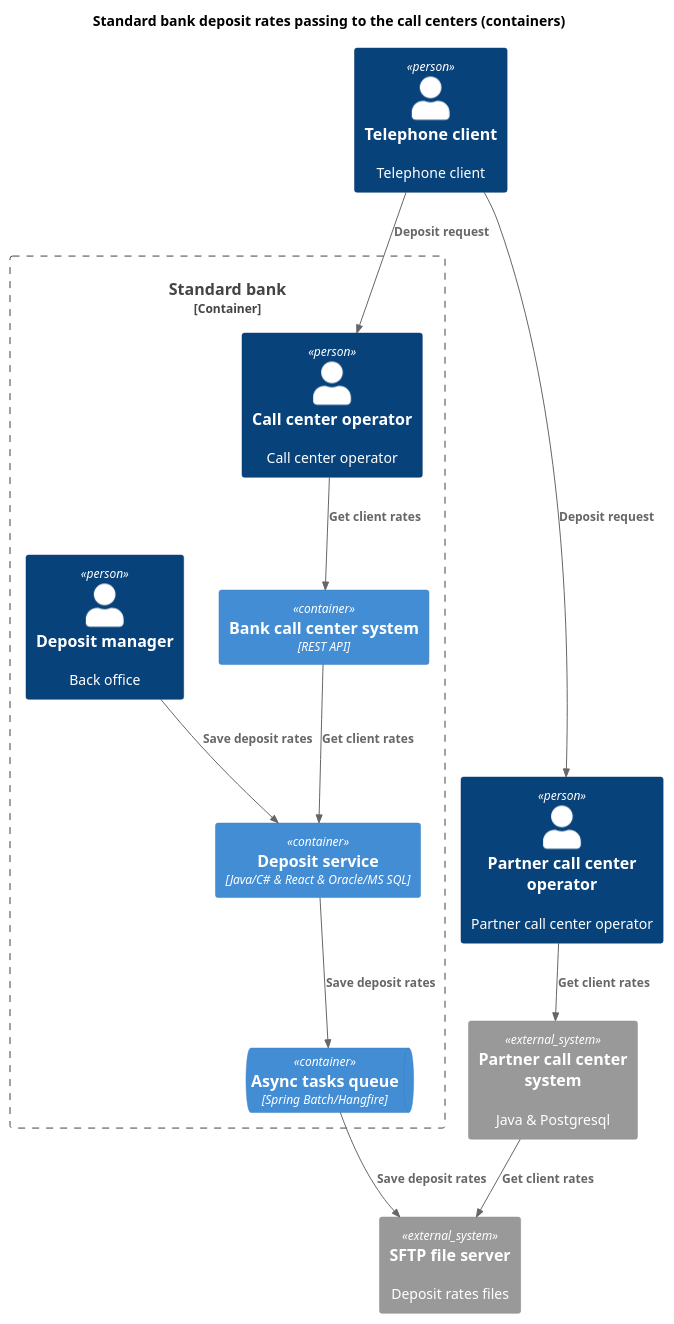
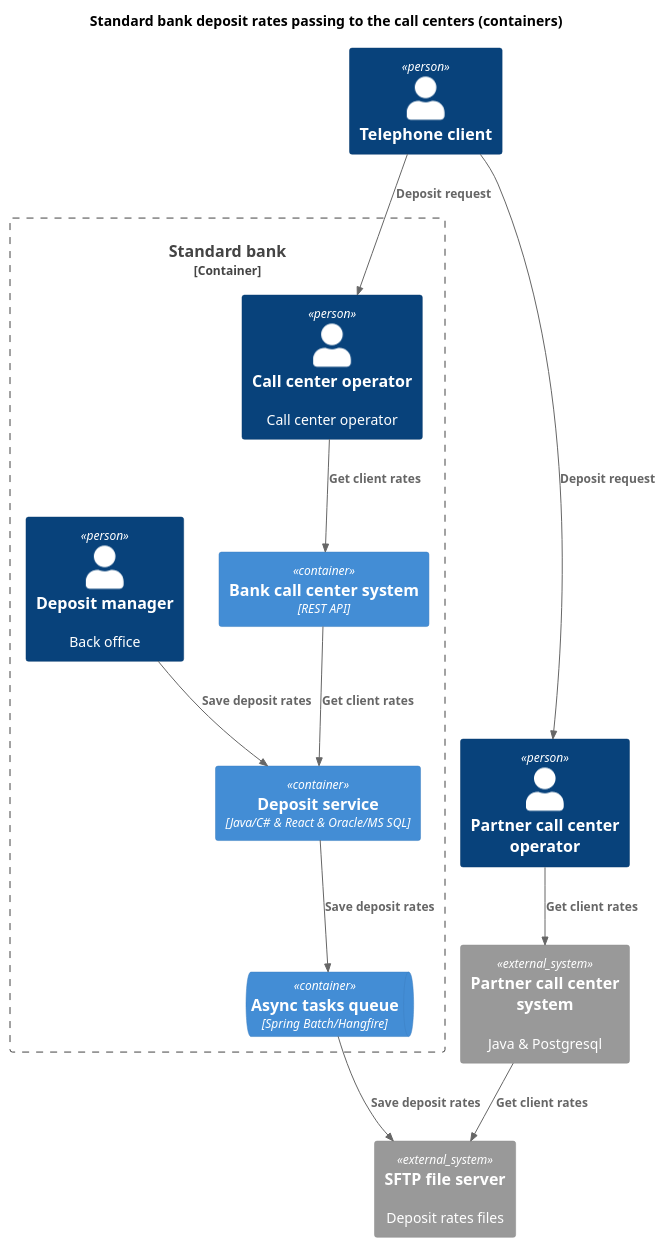
Before and after one commit to turistigor/yap-arch-task3-bank: the diagram in task4_additional_requirements/deposit_rates_to_call_centers_c4_containers.puml, drawn with PlantUML. The commit also changed 26 other files, not shown here.

```diff
--- a/task4_additional_requirements/deposit_rates_to_call_centers_c4_containers.puml
+++ b/task4_additional_requirements/deposit_rates_to_call_centers_c4_containers.puml
@@ -1,45 +1,45 @@
 @startuml deposit_rates_to_call_center_containers
 
 ' Initial settings:
 
 title Standard bank deposit rates passing to the call centers (containers)
 
 top to bottom direction
 
 !include ../lib/C4_Container.puml
 
 
 ' Actors & components:
 
-Person(phone_client, "Telephone client", "Telephone client")
-Person(partner_op, "Partner call center operator", "Partner call center operator")
+Person(phone_client, "Telephone client")
+Person(partner_op, "Partner call center operator")
 
 Container_Boundary(bank, "Standard bank") {
     Container(call_center, "Bank call center system", "REST API")
-    Container(dep_serv, "Deposit service", "Java/C# & React & Oracle/MS SQL")
+    Container(deposit_service, "Deposit service", "Java/C# & React & Oracle/MS SQL")
     ContainerQueue(async_tasks, "Async tasks queue", "Spring Batch/Hangfire")
 
     Person(call_center_op, "Call center operator", "Call center operator")
-    Person(dep_mngr, "Deposit manager", "Back office")
+    Person(deposit_manager, "Deposit manager", "Back office")
 }
 
 System_Ext(sftp_server, "SFTP file server", "Deposit rates files")
 System_Ext(partner_call_center_system, "Partner call center system", "Java & Postgresql")
 
 
 ' Relations:
 
 Rel(phone_client, call_center_op, "Deposit request")
 Rel(call_center_op, call_center, "Get client rates")
-Rel(call_center, dep_serv, "Get client rates")
+Rel(call_center, deposit_service, "Get client rates")
 
-Rel(dep_mngr, dep_serv, "Save deposit rates")
-Rel(dep_serv, async_tasks, "Save deposit rates")
+Rel(deposit_manager, deposit_service, "Save deposit rates")
+Rel(deposit_service, async_tasks, "Save deposit rates")
 Rel(async_tasks, sftp_server, "Save deposit rates")
 
 Rel(phone_client, partner_op, "Deposit request")
 Rel(partner_op, partner_call_center_system, "Get client rates")
 Rel(partner_call_center_system, sftp_server, "Get client rates")
 
 
 @enduml
```
